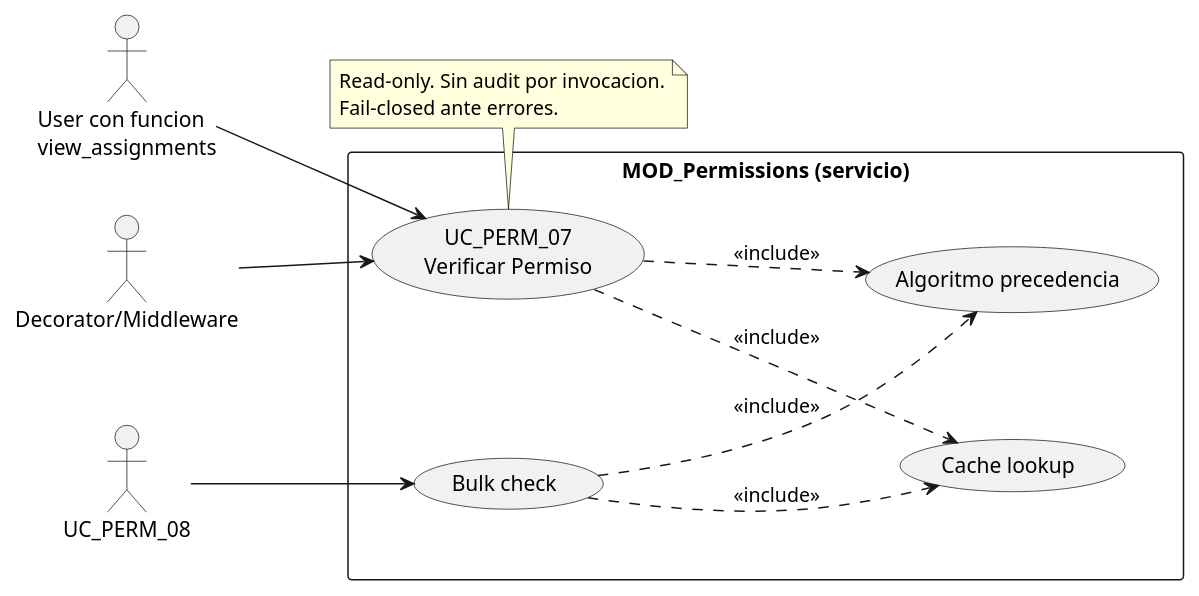
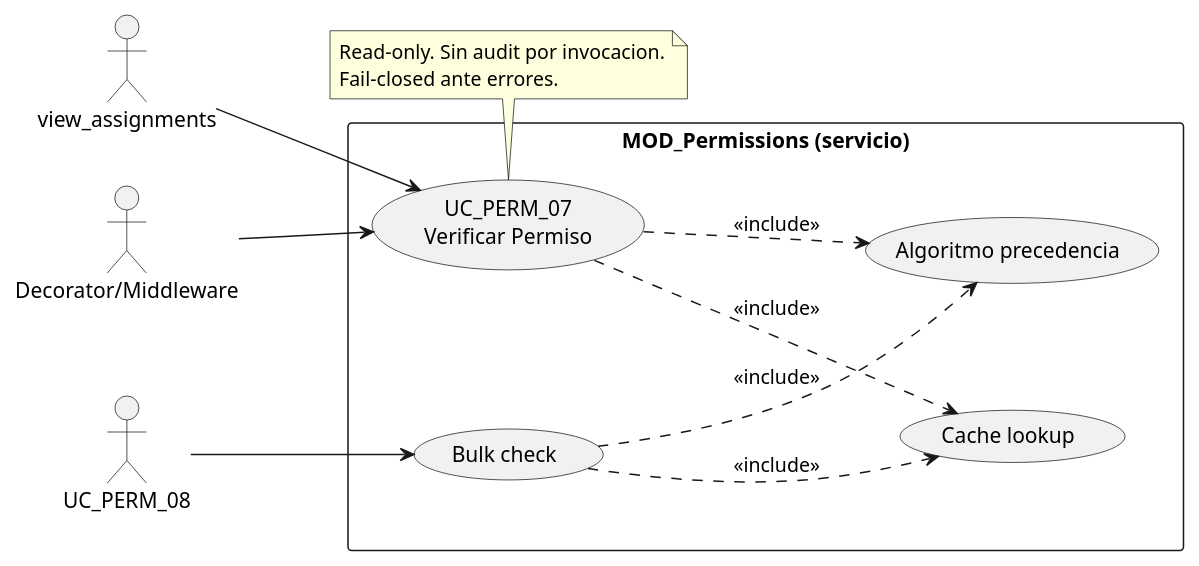
The first of 4 diagrams in source/requisitos/casos-uso/permissions/uc-perm-07/diagramas-uml.rst (jcg-admin/IACT-docs), drawn with PlantUML before and after one commit. The commit also changed 77 other files, not shown here.

First line of the commit message:
Enforce RBAC function names as actors in all UML diagrams

```diff
--- a/source/requisitos/casos-uso/permissions/uc-perm-07/diagramas-uml.rst
+++ b/source/requisitos/casos-uso/permissions/uc-perm-07/diagramas-uml.rst
@@ -10,31 +10,31 @@
 .. uml::
  :caption: UC_PERM_07 — verificar permiso
 
  @startuml
  left to right direction
 
  actor "Decorator/Middleware" as DEC
- actor "User con funcion\nview_assignments" as ADMIN
+ actor "view_assignments" as ADMIN
  actor "UC_PERM_08" as MENU
 
  rectangle "MOD_Permissions (servicio)" {
    usecase "UC_PERM_07\nVerificar Permiso" as UC07
    usecase "Bulk check" as BULK
    usecase "Cache lookup" as CACHE
    usecase "Algoritmo precedencia" as ALG
  }
 
  DEC --> UC07
  ADMIN --> UC07
  MENU --> BULK
  UC07 ..> CACHE : <<include>>
  UC07 ..> ALG : <<include>>
  BULK ..> CACHE : <<include>>
  BULK ..> ALG : <<include>>
 
  note bottom of UC07
    Read-only. Sin audit por invocacion.
    Fail-closed ante errores.
  end note
 
  @enduml
```
